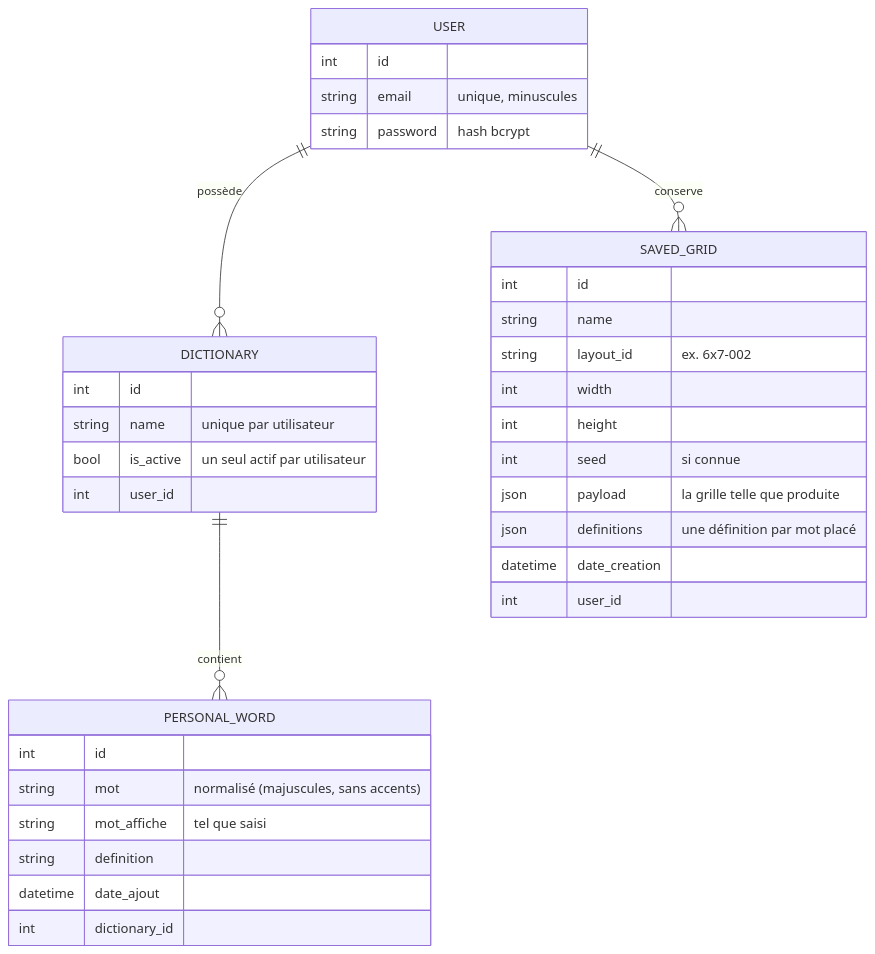
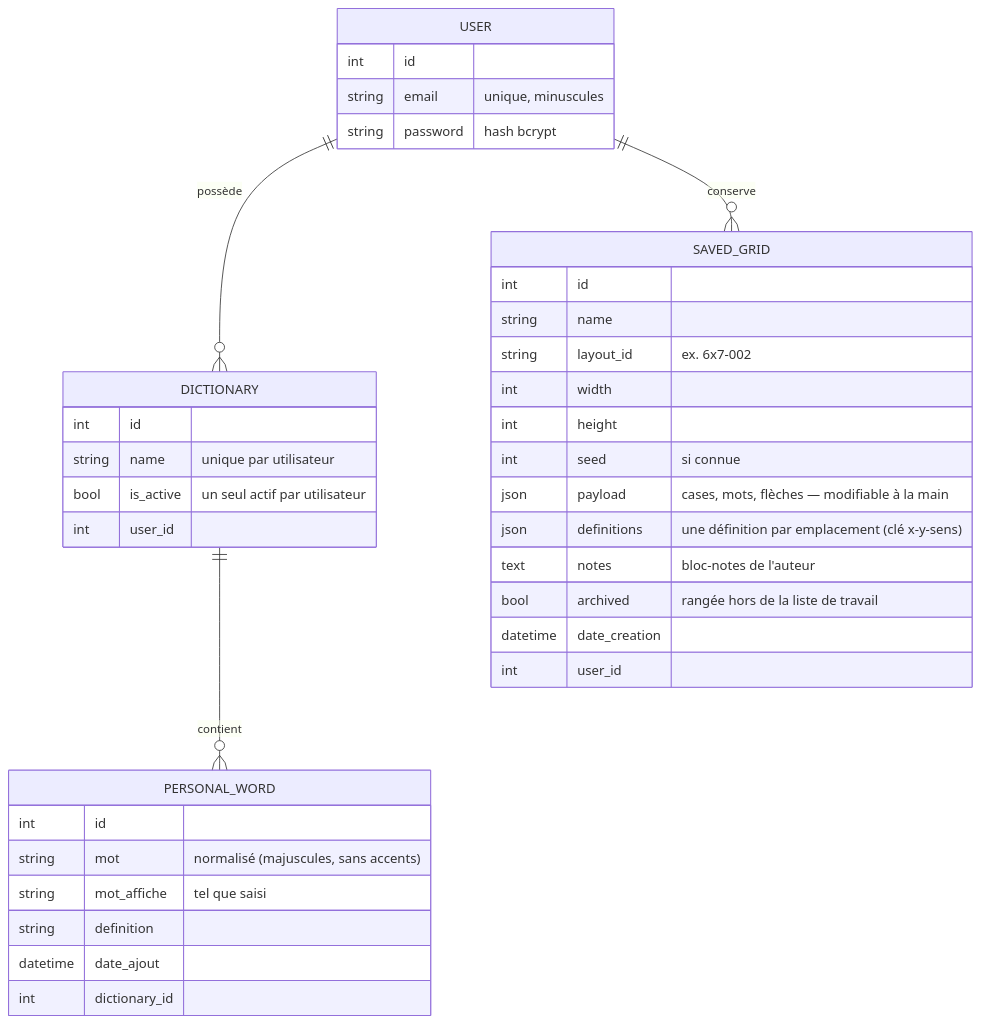
One commit to maximefd/terminator-app changed the second of 3 diagrams in docs/ARCHITECTURE.md. Above: the diagram before and after it, drawn with Mermaid. The commit also changed other lines of this file and 26 other files, not shown here.

````diff
--- a/docs/ARCHITECTURE.md
+++ b/docs/ARCHITECTURE.md
@@ -75,37 +76,39 @@
 ```mermaid
 erDiagram
     USER ||--o{ DICTIONARY : possède
     USER ||--o{ SAVED_GRID : conserve
     DICTIONARY ||--o{ PERSONAL_WORD : contient
     USER {
         int id
         string email "unique, minuscules"
         string password "hash bcrypt"
     }
     DICTIONARY {
         int id
         string name "unique par utilisateur"
         bool is_active "un seul actif par utilisateur"
         int user_id
     }
     PERSONAL_WORD {
         int id
         string mot "normalisé (majuscules, sans accents)"
         string mot_affiche "tel que saisi"
         string definition
         datetime date_ajout
         int dictionary_id
     }
     SAVED_GRID {
         int id
         string name
         string layout_id "ex. 6x7-002"
         int width
         int height
         int seed "si connue"
-        json payload "la grille telle que produite"
-        json definitions "une définition par mot placé"
+        json payload "cases, mots, flèches — modifiable à la main"
+        json definitions "une définition par emplacement (clé x-y-sens)"
+        text notes "bloc-notes de l'auteur"
+        bool archived "rangée hors de la liste de travail"
         datetime date_creation
         int user_id
     }
 ```
````
